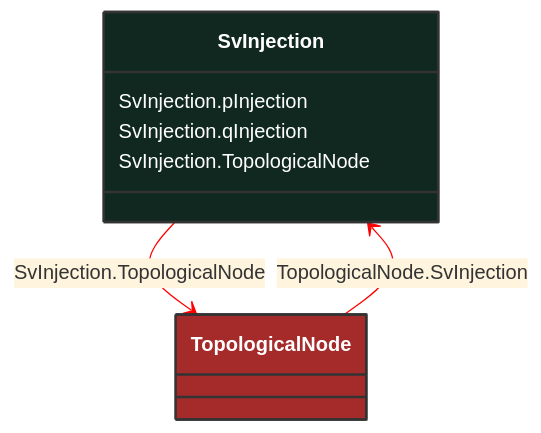
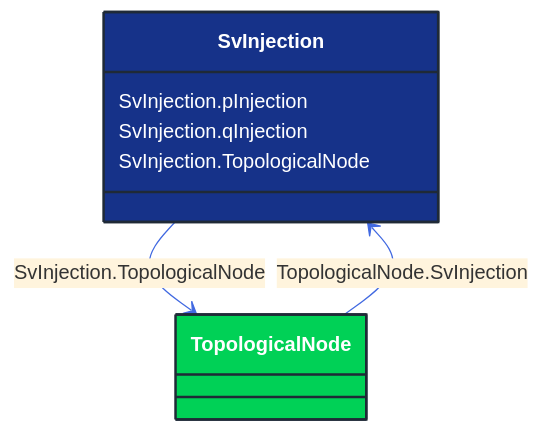
The diagram in docs/Models/Profiles/StateVariables/ConcreteClasses/SvInjection.md (3lbits/NoCIMExtensions), drawn with Mermaid before and after one commit. The commit also changed 362 other files, not shown here.

First line of the commit message:
Update diagrams and styles for improved visual consistency

````diff
--- a/docs/Models/Profiles/StateVariables/ConcreteClasses/SvInjection.md
+++ b/docs/Models/Profiles/StateVariables/ConcreteClasses/SvInjection.md
@@ -8,24 +8,24 @@
 ```mermaid
-%%{init: {'theme':'base','themeVariables': {'lineColor': '#FF0000'}}}%%
+%%{init: {'theme':'base','themeVariables': {'lineColor': '#4169E1'}}}%%
 classDiagram
     class SvInjection
     click SvInjection href "/Models/Profiles/StateVariables/ConcreteClasses/SvInjection/"
-    style SvInjection fill:#102820,stroke:#333,stroke-width:2px,rx:10,ry:10,color:white
+    style SvInjection fill:#163289,stroke:#1F2A37,stroke-width:2px,rx:10,ry:10,color:white
 
         SvInjection --> TopologicalNode : SvInjection.TopologicalNode
 
         TopologicalNode
             click TopologicalNode href "/Models/Profiles/StateVariables/ConcreteClasses/TopologicalNode/"
-            style TopologicalNode fill:#A52A2A,stroke:#333,stroke-width:2px,rx:10,ry:10,color:white
+            style TopologicalNode fill:#00D156,stroke:#1F2A37,stroke-width:2px,rx:10,ry:10,color:white
 
         TopologicalNode --> SvInjection : TopologicalNode.SvInjection
 
         TopologicalNode
             click TopologicalNode href "/Models/Profiles/StateVariables/ConcreteClasses/TopologicalNode/"
-            style TopologicalNode fill:#A52A2A,stroke:#333,stroke-width:2px,rx:10,ry:10,color:white
+            style TopologicalNode fill:#00D156,stroke:#1F2A37,stroke-width:2px,rx:10,ry:10,color:white
 
 
         SvInjection : SvInjection.pInjection
         SvInjection : SvInjection.qInjection
         SvInjection : SvInjection.TopologicalNode
 ```
````
